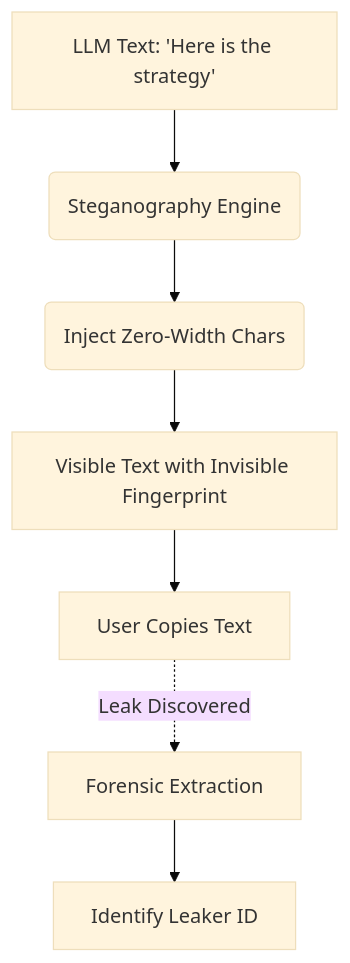
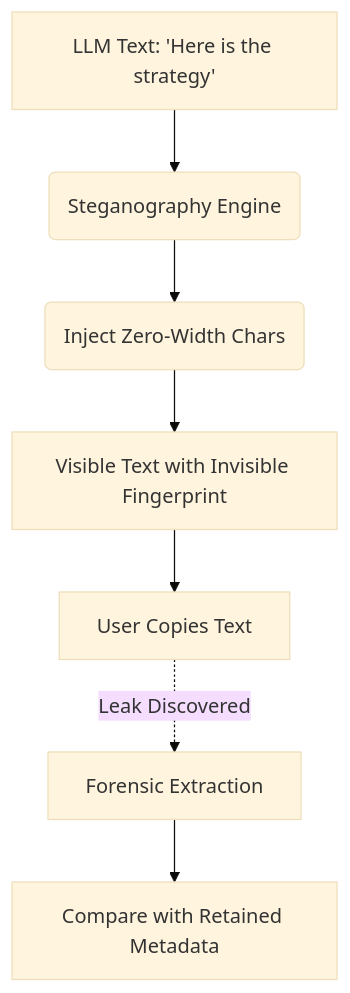
One commit to ninadphalak/LLM-Shield-Proxy changed the diagram in website/docs/features/enterprise-auditing-compliance/dynamic-canary-watermarking-steganography.md. Above: the diagram before and after it, drawn with Mermaid (base theme). The commit also changed other lines of this file and 81 other files, not shown here.

````diff
--- a/website/docs/features/enterprise-auditing-compliance/dynamic-canary-watermarking-steganography.md
+++ b/website/docs/features/enterprise-auditing-compliance/dynamic-canary-watermarking-steganography.md
@@ -17,9 +19,9 @@
 ```mermaid
 flowchart TD
     A[LLM Text: 'Here is the strategy'] --> B(Steganography Engine)
     B --> C(Inject Zero-Width Chars)
     C --> D[Visible Text with Invisible Fingerprint]
     D --> E[User Copies Text]
     E -.->|Leak Discovered| F[Forensic Extraction]
-    F --> G[Identify Leaker ID]
+    F --> G[Compare with Retained Metadata]
 ```
````
